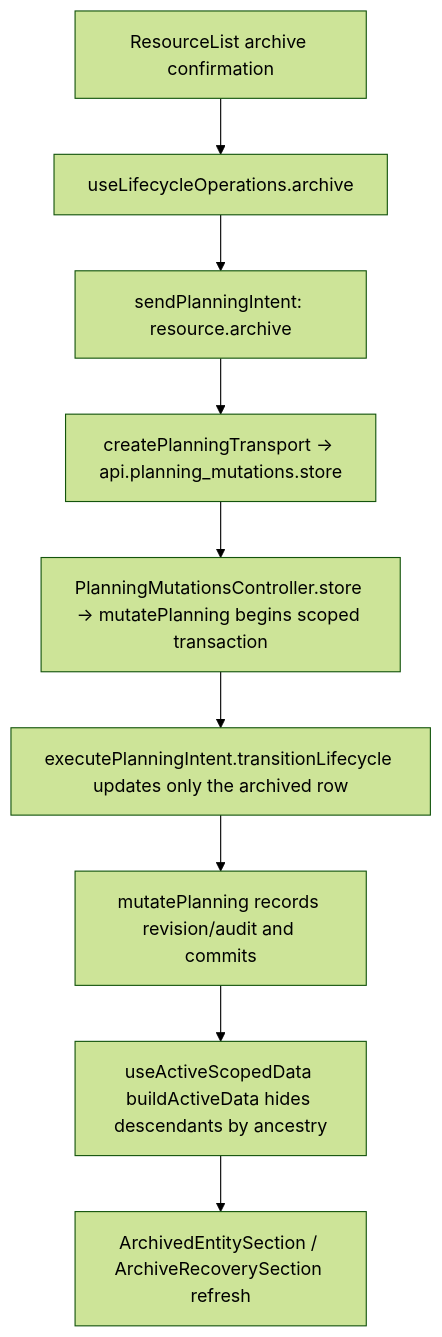
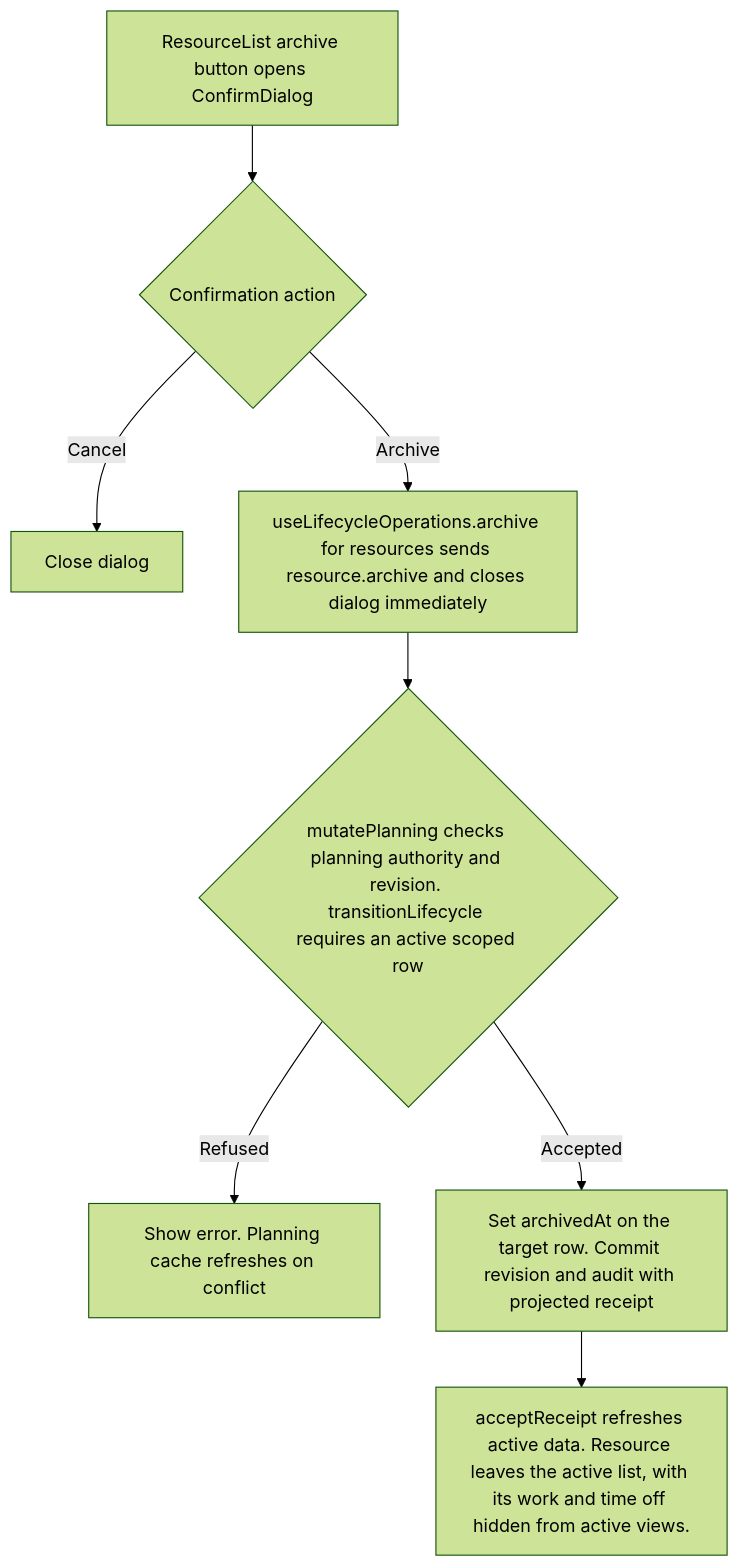
One commit to Kevinjohn/capacitylens changed the second of 2 diagrams in user-stories/resources/US-RES-04-archive-resource.md. Above: the diagram before and after it, drawn with Mermaid (forest theme). The commit also changed other lines of this file and 172 other files, not shown here.

Commit message:
docs: reconcile user story code flows with source

````diff
--- a/user-stories/resources/US-RES-04-archive-resource.md
+++ b/user-stories/resources/US-RES-04-archive-resource.md
@@ -31,7 +31,10 @@
 ```mermaid
 flowchart TD
-  A["ResourceList archive confirmation"] --> B["useLifecycleOperations.archive"] --> C["sendPlanningIntent: resource.archive"]
-  C --> D["createPlanningTransport → api.planning_mutations.store"] --> E["PlanningMutationsController.store → mutatePlanning begins scoped transaction"]
-  E --> F["executePlanningIntent.transitionLifecycle updates only the archived row"] --> K["mutatePlanning records revision/audit and commits"] --> F2["useActiveScopedData buildActiveData hides descendants by ancestry"]
-  F2 --> H["ArchivedEntitySection / ArchiveRecoverySection refresh"]
+  ENTRY["ResourceList archive button opens ConfirmDialog"] --> CHOICE{"Confirmation action"}
+  CHOICE -->|Cancel| CLOSE["Close dialog"]
+  CHOICE -->|Archive| SEND["useLifecycleOperations.archive for resources sends resource.archive and closes dialog immediately"]
+  SEND --> SERVER{"mutatePlanning checks planning authority and revision. transitionLifecycle requires an active scoped row"}
+  SERVER -->|Refused| ERROR["Show error. Planning cache refreshes on conflict"]
+  SERVER -->|Accepted| WRITE["Set archivedAt on the target row. Commit revision and audit with projected receipt"]
+  WRITE --> NEXT["acceptReceipt refreshes active data. Resource leaves the active list, with its work and time off hidden from active views."]
 ```
````
